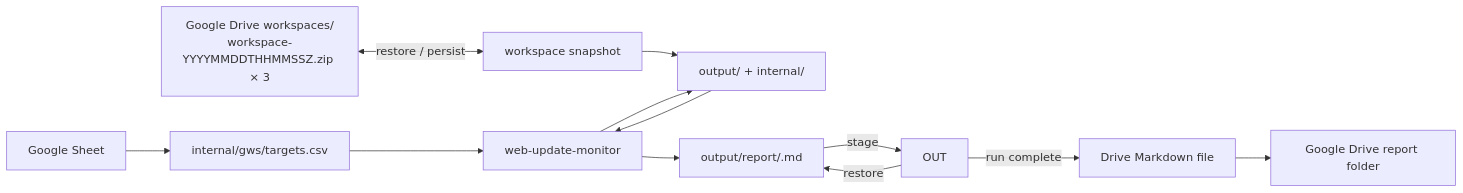
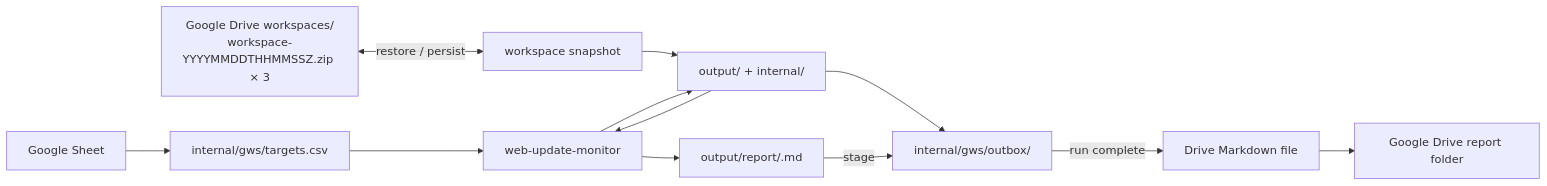
The first of 2 diagrams in README.md (dceoy/wsum), drawn with Mermaid before and after one commit.

Commit message:
Fix workspace snapshot diagram

````diff
--- a/README.md
+++ b/README.md
@@ -23,14 +23,14 @@
 ```mermaid
 flowchart LR
     GS["Google Sheet"] --> CSV["internal/gws/targets.csv"]
     DS["Google Drive workspaces/<br/>workspace-YYYYMMDDTHHMMSSZ.zip × 3"] <-->|restore / persist| WS["workspace snapshot"]
     WS --> WORKSPACE["output/ + internal/"]
     CSV --> CORE["web-update-monitor"]
     WORKSPACE --> CORE
     CORE --> WORKSPACE
     CORE --> REPORT["output/report/<run-id>.md"]
-    OUT -->|restore| REPORT
+    WORKSPACE --> OUT["internal/gws/outbox/"]
     REPORT -->|stage| OUT
     OUT -->|run complete| GMD["Drive Markdown file"]
     GMD --> DR["Google Drive report folder"]
 ```
````
